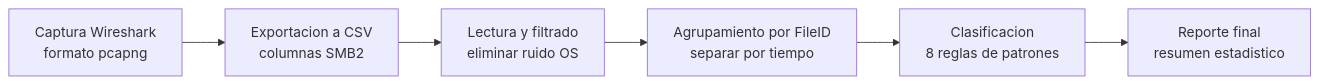
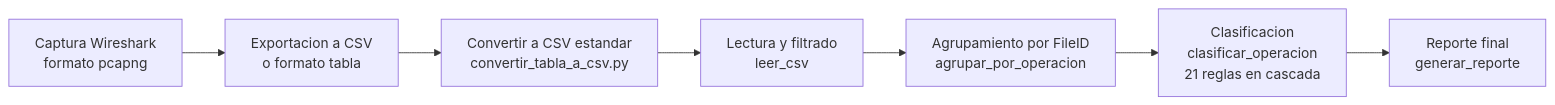
The first of 4 diagrams in plans/documentacion_tfg.md (vicente154000/smb2-cloud-traffic-analyzer), drawn with Mermaid before and after one commit. The commit also changed other lines of this file and 3 other files, not shown here.

````diff
--- a/plans/documentacion_tfg.md
+++ b/plans/documentacion_tfg.md
@@ -48,8 +33,9 @@
 ```mermaid
 flowchart LR
-    A[Captura Wireshark<br/>formato pcapng] --> B[Exportacion a CSV<br/>columnas SMB2]
-    B --> C[Lectura y filtrado<br/>eliminar ruido OS]
-    C --> D[Agrupamiento por FileID<br/>separar por tiempo]
-    D --> E[Clasificacion<br/>8 reglas de patrones]
-    E --> F[Reporte final<br/>resumen estadistico]
+    A[Captura Wireshark<br/>formato pcapng] --> B[Exportacion a CSV<br/>o formato tabla]
+    B --> C[Convertir a CSV estandar<br/>convertir_tabla_a_csv.py]
+    C --> D[Lectura y filtrado<br/>leer_csv]
+    D --> E[Agrupamiento por FileID<br/>agrupar_por_operacion]
+    E --> F[Clasificacion<br/>clasificar_operacion<br/>21 reglas en cascada]
+    F --> G[Reporte final<br/>generar_reporte]
 ```
````
